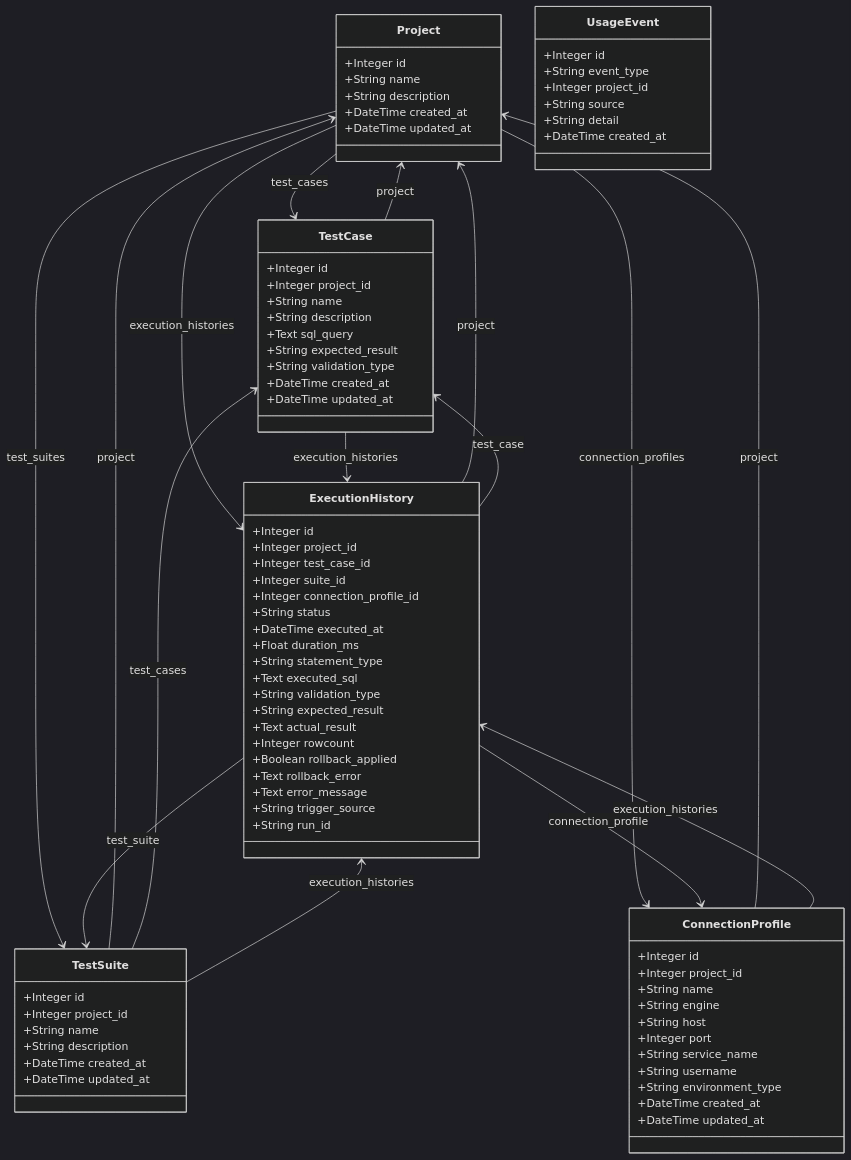
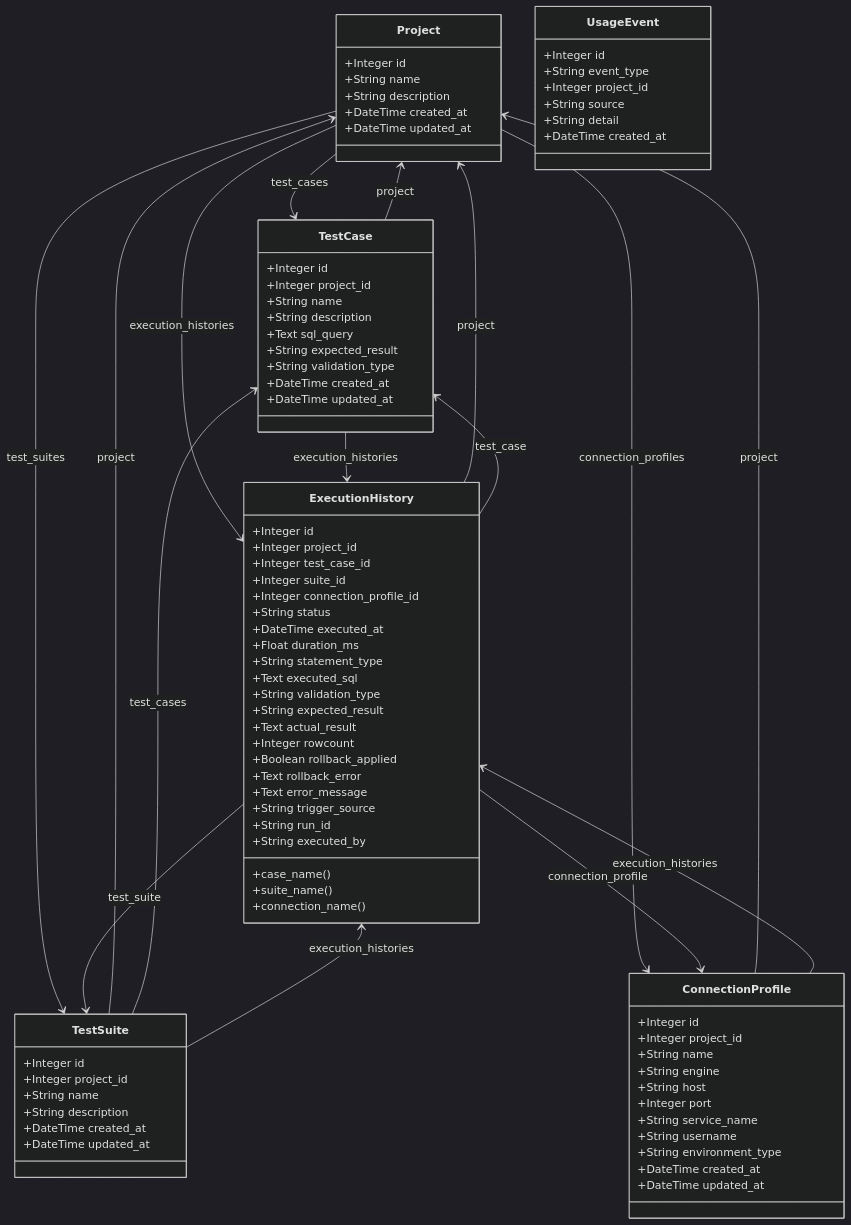
Before and after one commit to Ssjkvinf/si783-grupo4-docs: the second of 6 diagrams in framework-pruebas-sql/docs/generated/diagramas.md, drawn with Mermaid (dark theme). The commit also changed other lines of this file and 98 other files, not shown here.

```diff
--- a/framework-pruebas-sql/docs/generated/diagramas.md
+++ b/framework-pruebas-sql/docs/generated/diagramas.md
@@ -158,6 +172,10 @@
         +Text error_message
         +String trigger_source
         +String run_id
+        +String executed_by
+        +case_name()
+        +suite_name()
+        +connection_name()
     }
     class UsageEvent {
         +Integer id
```
